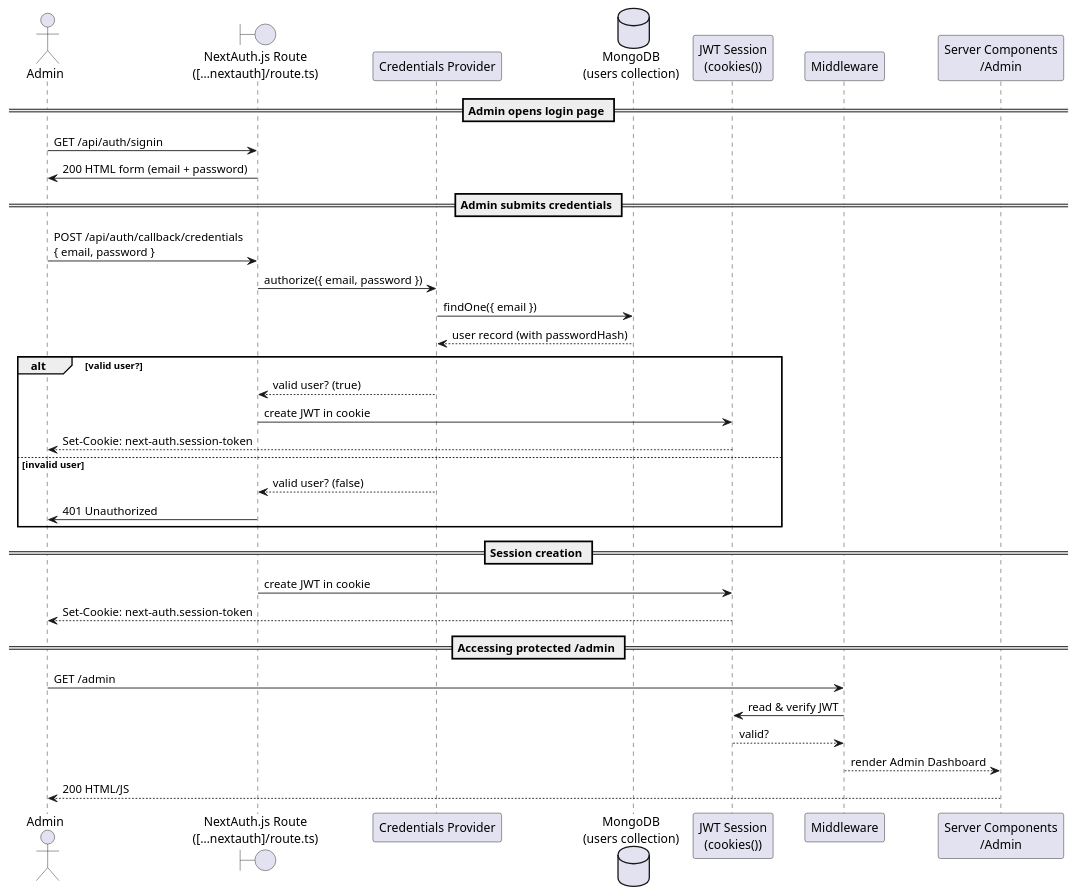
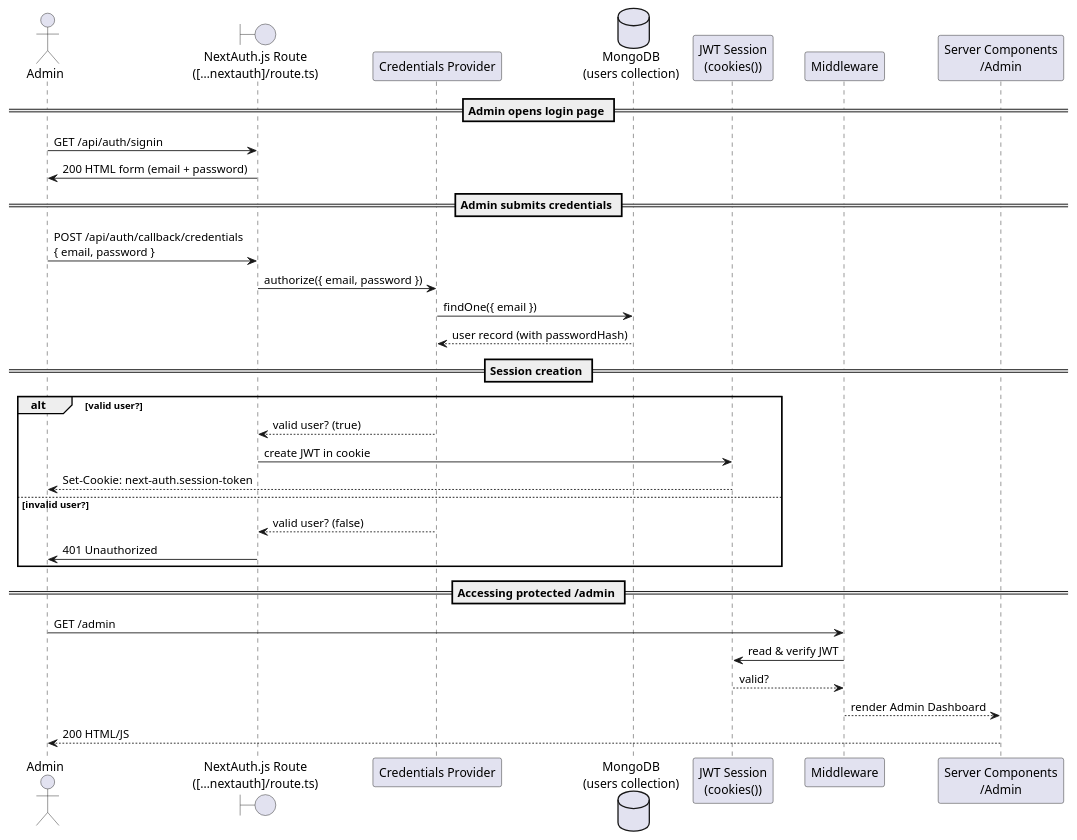
One commit to HamiltonPDev/Portfolio-Exam-Hamilton changed the diagram in opdracht-2-ontwerp/uml-diagrammen/sequence_overview.wsd. Above: the diagram before and after it, drawn with PlantUML. The commit also changed 1 other file, not shown here.

Commit message:
Refactor UML sequence diagram to streamline invalid user flow and remove redundant session creation steps, enhancing clarity in the authentication process.

```diff
--- a/opdracht-2-ontwerp/uml-diagrammen/sequence_overview.wsd
+++ b/opdracht-2-ontwerp/uml-diagrammen/sequence_overview.wsd
@@ -1,40 +1,37 @@
 @startuml sequence_overview
 actor Admin
 boundary "NextAuth.js Route\n([…nextauth]/route.ts)" as NextAuth
 participant "Credentials Provider" as CredProv
 database "MongoDB\n(users collection)" as DB
 participant "JWT Session\n(cookies())" as Session
 participant Middleware
 participant "Server Components\n/Admin" as AdminUI
 
 == Admin opens login page ==
 Admin -> NextAuth: GET /api/auth/signin
 NextAuth -> Admin: 200 HTML form (email + password)
 
 == Admin submits credentials ==
 Admin -> NextAuth: POST /api/auth/callback/credentials\n{ email, password }
 NextAuth -> CredProv: authorize({ email, password })
 CredProv -> DB: findOne({ email })
 DB --> CredProv: user record (with passwordHash)
 
+== Session creation ==
 alt valid user?
     CredProv --> NextAuth: valid user? (true)
     NextAuth -> Session: create JWT in cookie
     Session --> Admin: Set-Cookie: next-auth.session-token
-else invalid user
+else invalid user?
     CredProv --> NextAuth: valid user? (false)
     NextAuth -> Admin: 401 Unauthorized
 end
-
-== Session creation ==
-NextAuth -> Session: create JWT in cookie
-Session --> Admin: Set-Cookie: next-auth.session-token
 
 == Accessing protected /admin ==
 Admin -> Middleware: GET /admin
 Middleware -> Session: read & verify JWT
 Session --> Middleware: valid?
 Middleware --> AdminUI: render Admin Dashboard
 AdminUI --> Admin: 200 HTML/JS
 
 @enduml
```
